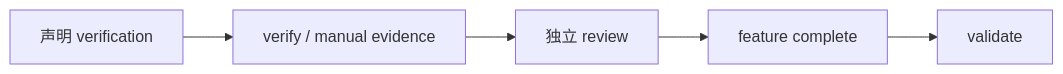
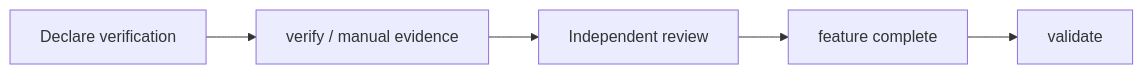
One commit to Caesarlo/SDLC-Harness-docs changed the second of 3 diagrams in concepts/how-it-works.mdx. Above: the diagram before and after it, drawn with Mermaid. The commit also changed other lines of this file and 64 other files, not shown here.

````diff
--- a/concepts/how-it-works.mdx
+++ b/concepts/how-it-works.mdx
@@ -46,7 +46,7 @@
 ```mermaid
 flowchart LR
-  A["声明 verification"] --> B["verify / manual evidence"]
-  B --> C["独立 review"]
+  A["Declare verification"] --> B["verify / manual evidence"]
+  B --> C["Independent review"]
   C --> D["feature complete"]
   D --> E["validate"]
 ```
````
